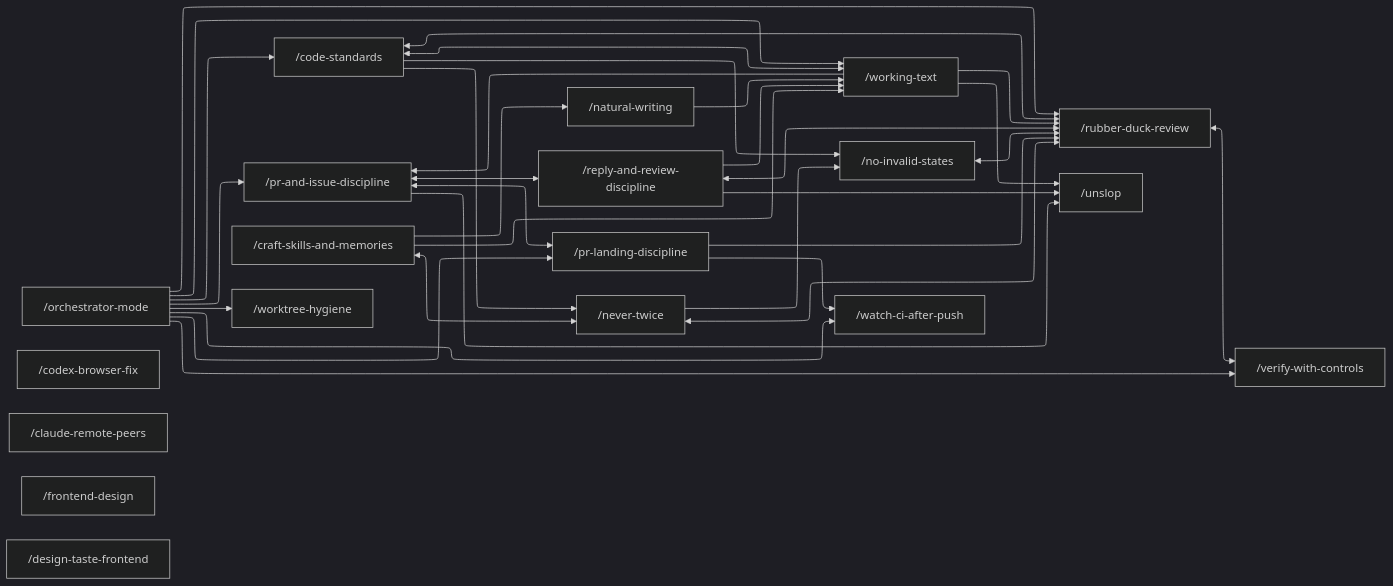
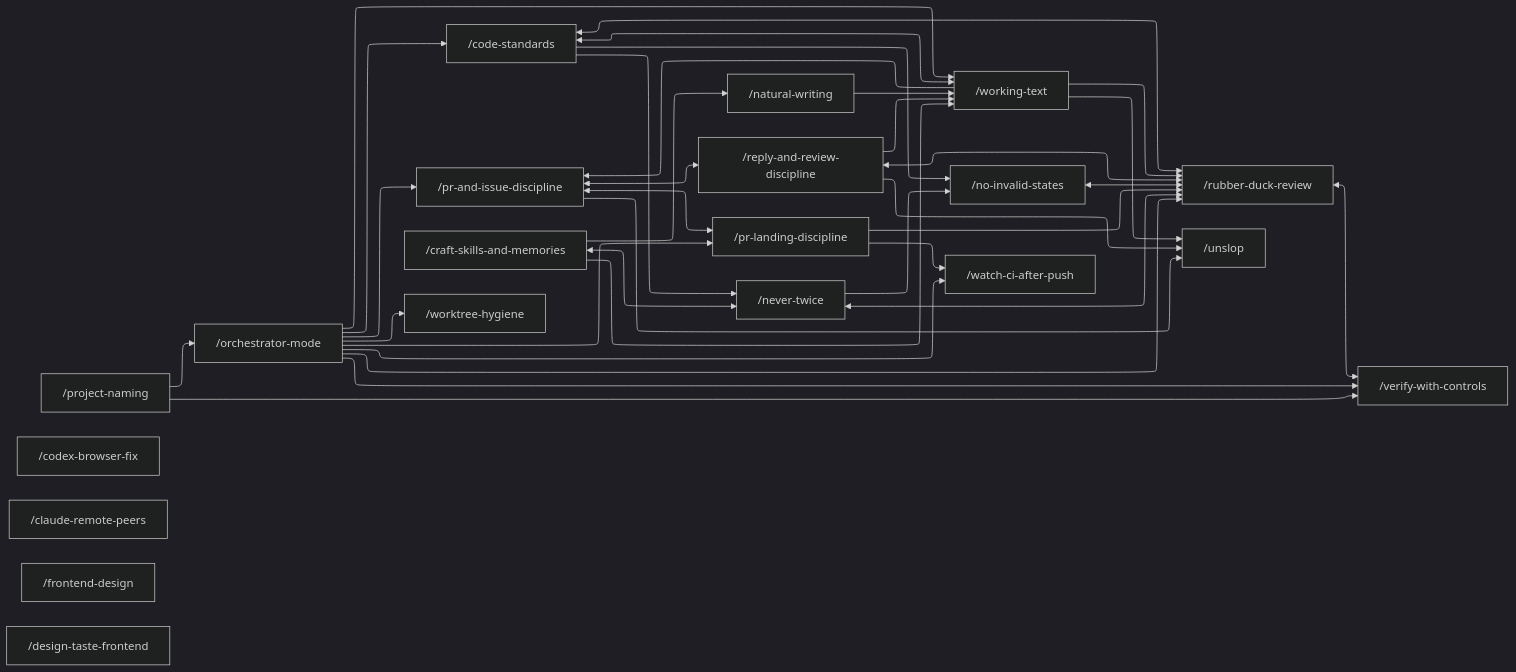
The diagram in README.md (Vivswan/skills), drawn with Mermaid (dark theme) before and after one commit. The commit also changed other lines of this file and 15 other files, not shown here.

Commit message:
feat(project-naming): a naming skill with a controlled registry and meaning checker (#248)

```diff
--- a/README.md
+++ b/README.md
@@ -64,6 +65,7 @@
   rrd["/reply-and-review-discipline"]
   rdr["/rubber-duck-review"]
   pld["/pr-landing-discipline"]
+  pnm["/project-naming"]
   nis["/no-invalid-states"]
   nt["/never-twice"]
   vwc["/verify-with-controls"]
@@ -102,6 +104,8 @@
   cs --> nis
   nt --> nis
   om --> vwc
+  pnm --> vwc
+  pnm --> om
   csm --> nw
   csm --> wt
   om --> wt
@@ -117,6 +121,7 @@
   click rrd "./skills/reply-and-review-discipline/SKILL.md"
   click rdr "./skills/rubber-duck-review/SKILL.md"
   click pld "./skills/pr-landing-discipline/SKILL.md"
+  click pnm "./skills/project-naming/SKILL.md"
   click nis "./skills/no-invalid-states/SKILL.md"
   click nt "./skills/never-twice/SKILL.md"
   click vwc "./skills/verify-with-controls/SKILL.md"
```
